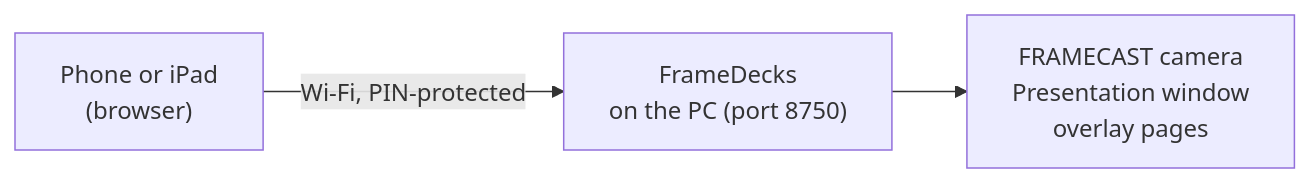
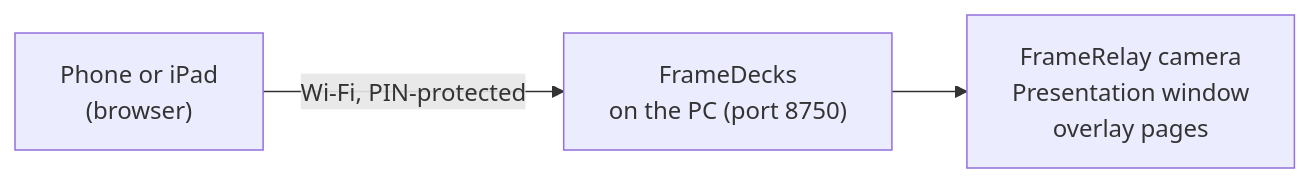
One commit to mshobin/FrameDecks changed the diagram in docs/guide/remote-control.md. Above: the diagram before and after it, drawn with Mermaid. The commit also changed other lines of this file and 88 other files, not shown here.

First line of the commit message:
FrameDecks 6.12: FrameRelay, a still hero, Proverbs 16:3, About wording

````diff
--- a/docs/guide/remote-control.md
+++ b/docs/guide/remote-control.md
@@ -27,5 +27,5 @@
 ```mermaid
 flowchart LR
   Phone["Phone or iPad<br/>(browser)"] -- "Wi-Fi, PIN-protected" --> PC["FrameDecks<br/>on the PC (port 8750)"]
-  PC --> Out["FRAMECAST camera<br/>Presentation window<br/>overlay pages"]
+  PC --> Out["FrameRelay camera<br/>Presentation window<br/>overlay pages"]
 ```
````
